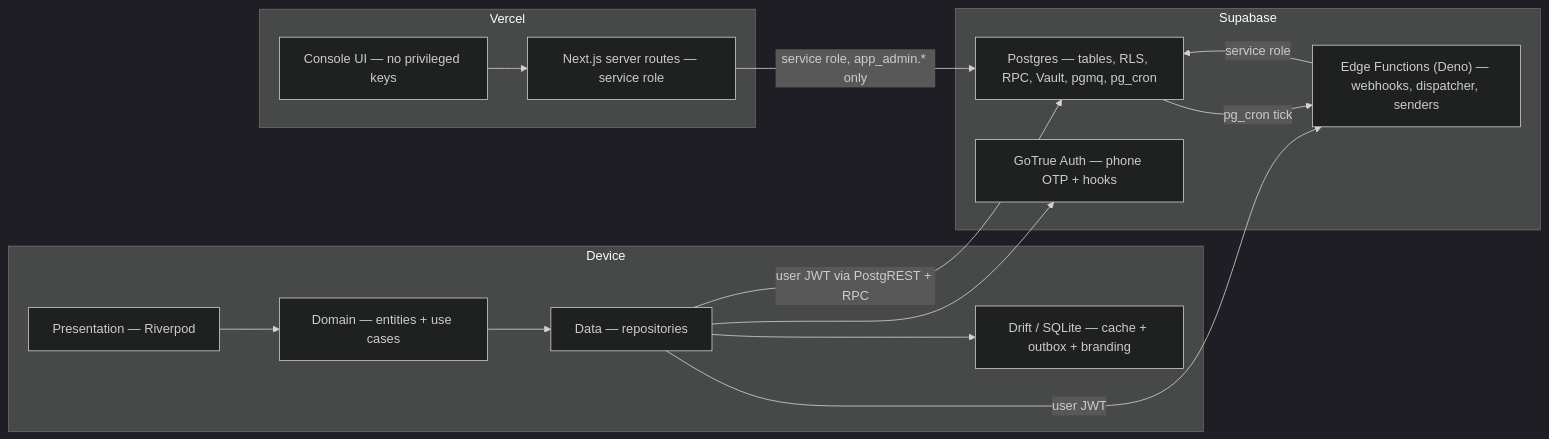
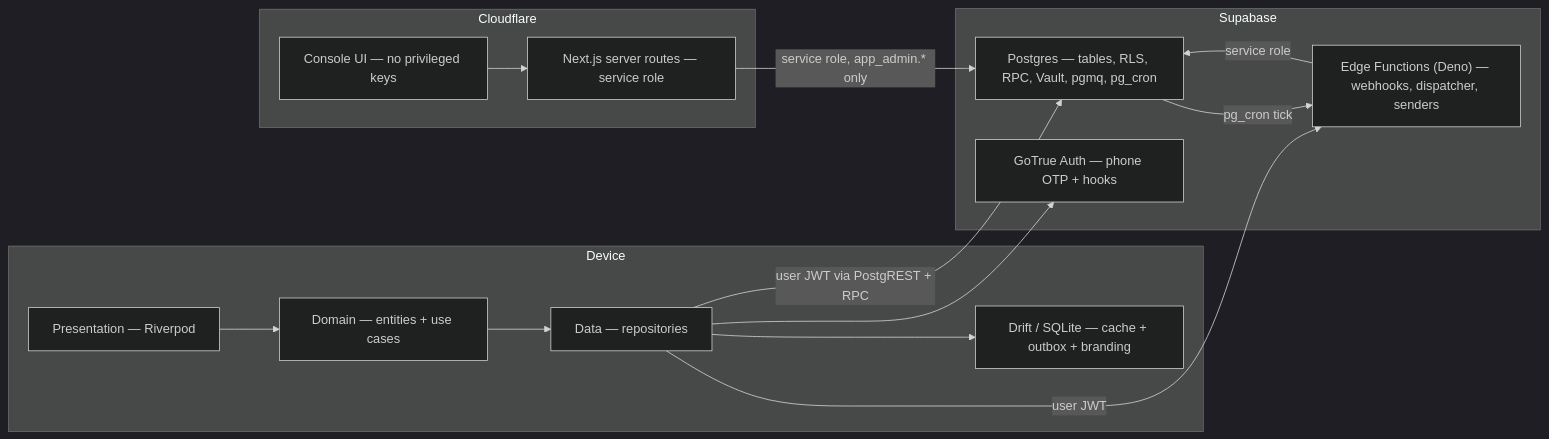
One commit to wearecrayora/Craysaloon changed the second of 2 diagrams in ARCHITECTURE.md. Above: the diagram before and after it, drawn with Mermaid (dark theme). The commit also changed other lines of this file and 28 other files, not shown here.

````diff
--- a/ARCHITECTURE.md
+++ b/ARCHITECTURE.md
@@ -140,31 +140,31 @@
 ```mermaid
 graph LR
     subgraph Device
       UI["Presentation — Riverpod"]
       DOM["Domain — entities + use cases"]
       DATA["Data — repositories"]
       LOCAL["Drift / SQLite — cache + outbox + branding"]
       UI --> DOM
       DOM --> DATA
       DATA --> LOCAL
     end
 
-    subgraph Vercel
+    subgraph Cloudflare
       RSC["Next.js server routes — service role"]
       BROWSER["Console UI — no privileged keys"]
       BROWSER --> RSC
     end
 
     subgraph Supabase
       PG["Postgres — tables, RLS, RPC, Vault, pgmq, pg_cron"]
       AUTH["GoTrue Auth — phone OTP + hooks"]
       EF["Edge Functions (Deno) — webhooks, dispatcher, senders"]
     end
 
     DATA -->|"user JWT via PostgREST + RPC"| PG
     DATA --> AUTH
     DATA -->|"user JWT"| EF
     RSC -->|"service role, app_admin.* only"| PG
     EF -->|"service role"| PG
     PG -->|"pg_cron tick"| EF
 ```
````
